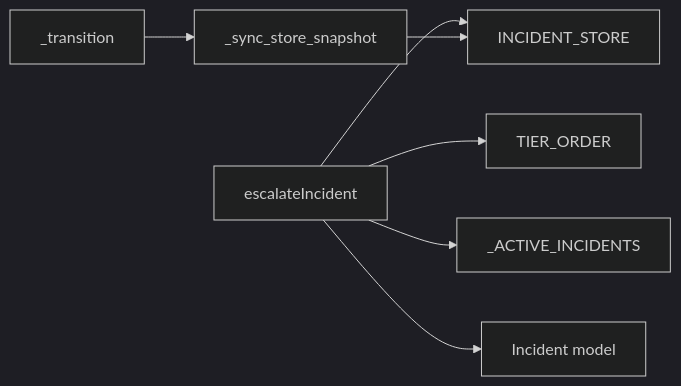
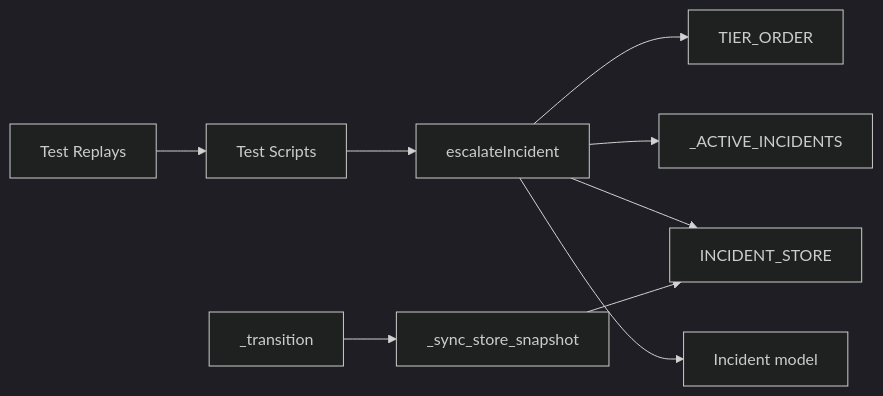
The fifth of 5 diagrams in .qoder/repowiki/en/content/Responder Help Bot/Escalation Handling & Incident Updates.md (M-Rumman/LifeLine-Ride), drawn with Mermaid (dark theme) before and after one commit. The commit also changed other lines of this file and 4121 other files, not shown here.

````diff
--- a/.qoder/repowiki/en/content/Responder Help Bot/Escalation Handling & Incident Updates.md
+++ b/.qoder/repowiki/en/content/Responder Help Bot/Escalation Handling & Incident Updates.md
@@ -232,9 +259,11 @@
 ```mermaid
 graph LR
 ES["escalateIncident"] --> TO["TIER_ORDER"]
 ES --> AI["_ACTIVE_INCIDENTS"]
 ES --> IS["INCIDENT_STORE"]
 ES --> IM["Incident model"]
 TS["_transition"] --> SS["_sync_store_snapshot"]
 SS --> IS
+TEST["Test Scripts"] --> ES
+REPLAY["Test Replays"] --> TEST
 ```
````
